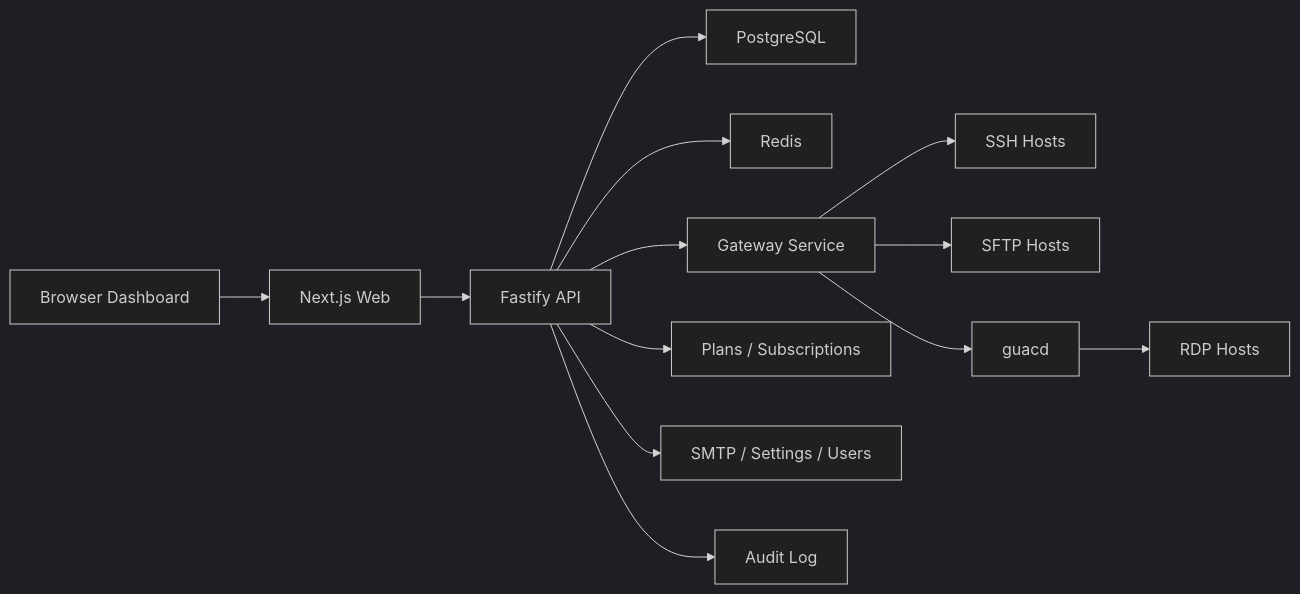
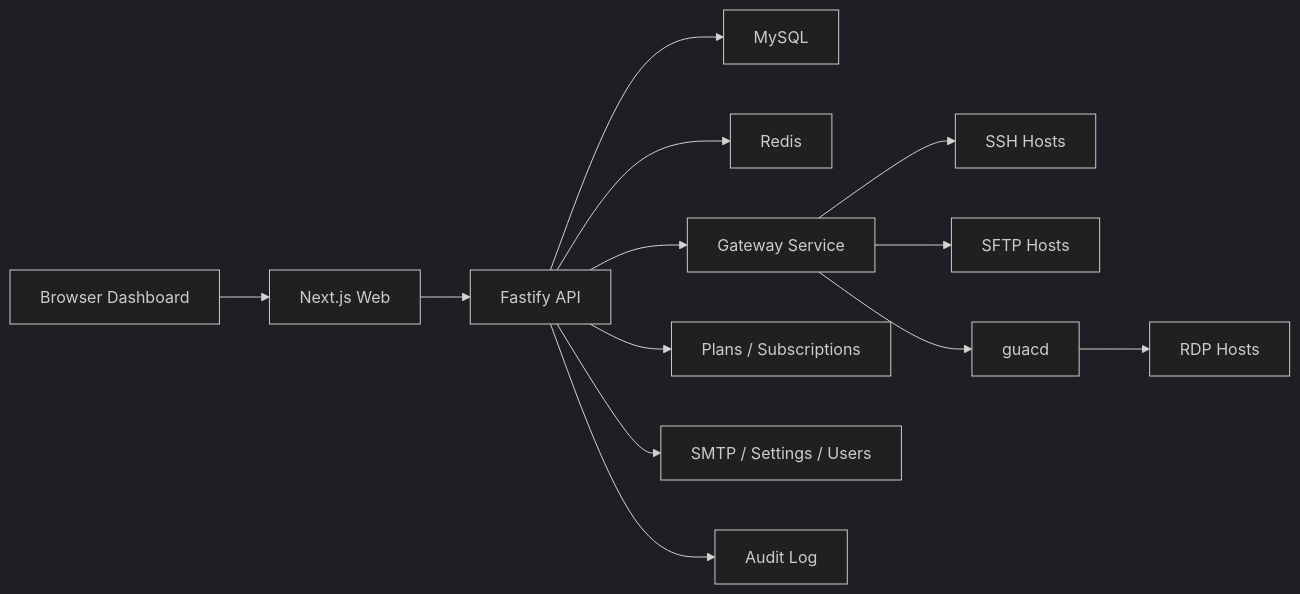
Before and after one commit to latifurrahmanlemon/onshell.cloud: the diagram in docs/architecture.md, drawn with Mermaid (dark theme). The commit also changed other lines of this file and 14 other files, not shown here.

````diff
--- a/docs/architecture.md
+++ b/docs/architecture.md
@@ -5,15 +5,15 @@
 ```mermaid
 flowchart LR
   Browser["Browser Dashboard"] --> Web["Next.js Web"]
   Web --> API["Fastify API"]
-  API --> Postgres["PostgreSQL"]
+  API --> MySQL["MySQL"]
   API --> Redis["Redis"]
   API --> Gateway["Gateway Service"]
   Gateway --> SSH["SSH Hosts"]
   Gateway --> SFTP["SFTP Hosts"]
   Gateway --> Guacd["guacd"]
   Guacd --> RDP["RDP Hosts"]
   API --> Billing["Plans / Subscriptions"]
   API --> Admin["SMTP / Settings / Users"]
   API --> Audit["Audit Log"]
 ```
````
